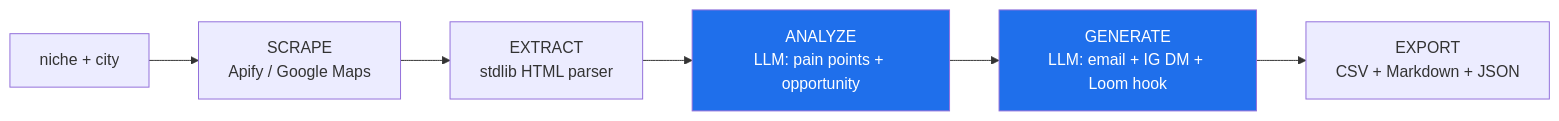
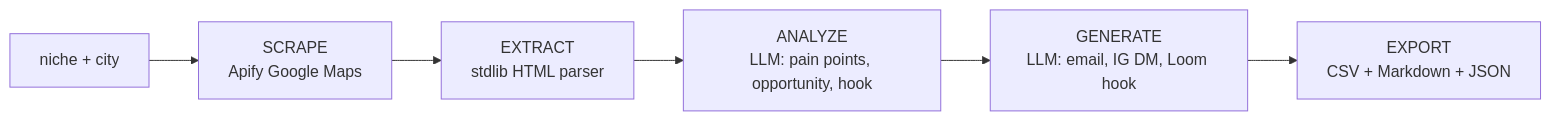
Before and after one commit to msstrategies/sarah-ai: the diagram in README.md, drawn with Mermaid. The commit also changed other lines of this file, not shown here.

Commit message:
Professionalise README: structure, badges, pipeline diagram, run instructions

````diff
--- a/README.md
+++ b/README.md
@@ -26,11 +56,8 @@
 ```mermaid
 flowchart LR
-    A[niche + city] --> B[SCRAPE<br/>Apify / Google Maps]
+    A[niche + city] --> B[SCRAPE<br/>Apify Google Maps]
     B --> C[EXTRACT<br/>stdlib HTML parser]
-    C --> D[ANALYZE<br/>LLM: pain points + opportunity]
-    D --> E[GENERATE<br/>LLM: email + IG DM + Loom hook]
+    C --> D[ANALYZE<br/>LLM: pain points, opportunity, hook]
+    D --> E[GENERATE<br/>LLM: email, IG DM, Loom hook]
     E --> F[EXPORT<br/>CSV + Markdown + JSON]
-
-    style D fill:#1f6feb,color:#fff
-    style E fill:#1f6feb,color:#fff
 ```
````
